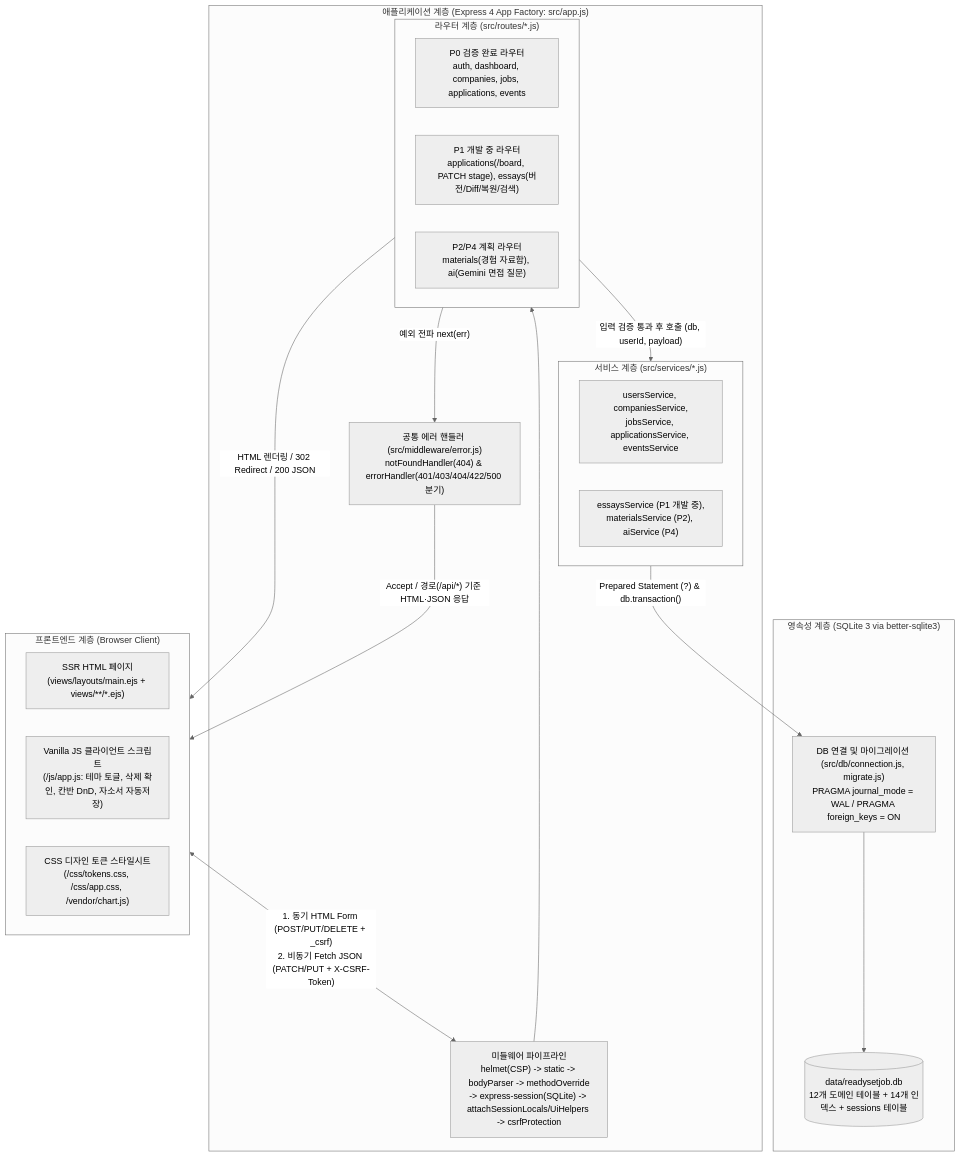
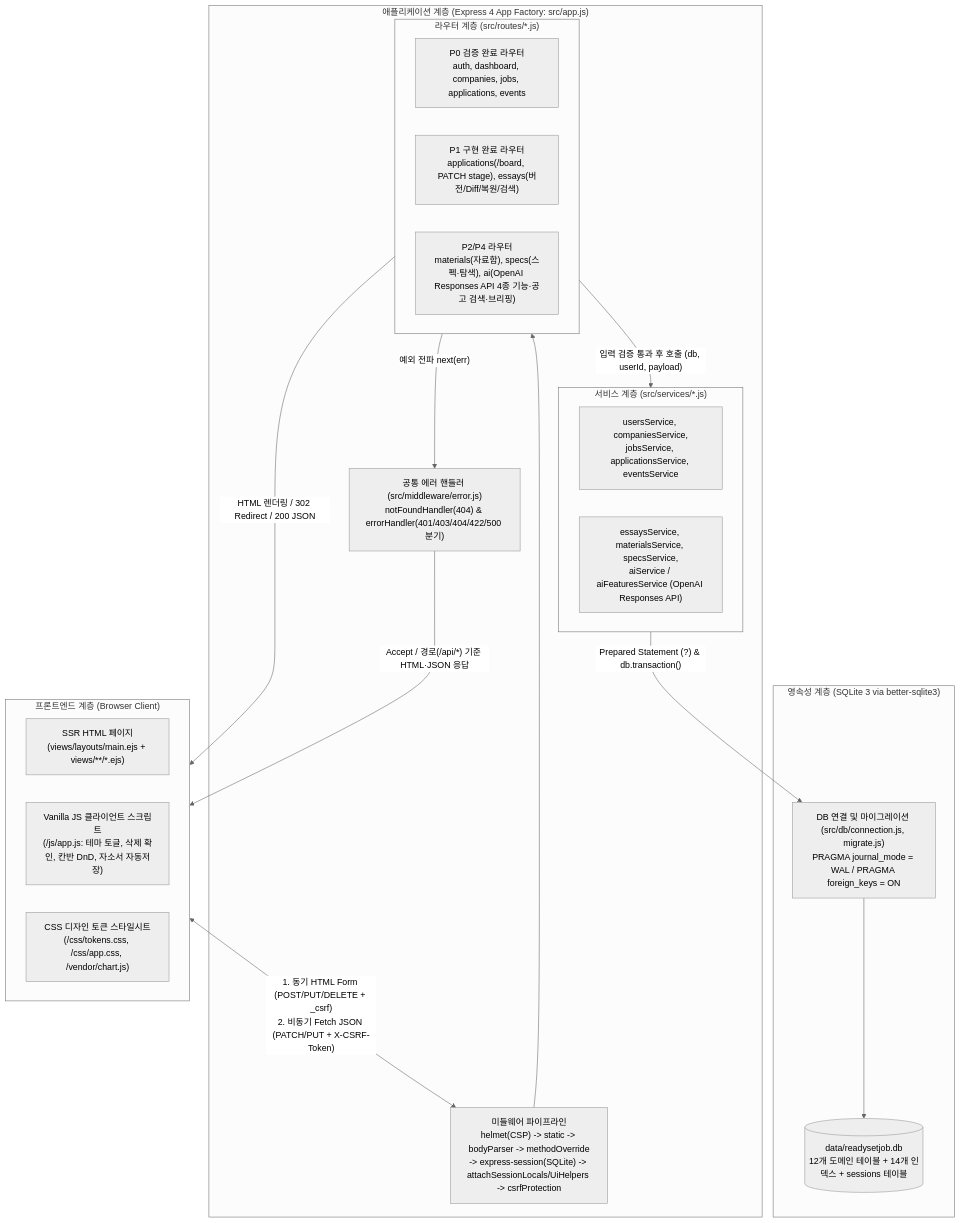
Before and after one commit to NoNamad5196/ReadySetJob: the second of 5 diagrams in docs/PROJECT_PROPOSAL.md, drawn with Mermaid (neutral theme). The commit also changed other lines of this file and 57 other files, not shown here.

````diff
--- a/docs/PROJECT_PROPOSAL.md
+++ b/docs/PROJECT_PROPOSAL.md
@@ -549,39 +571,39 @@
 ```mermaid
 flowchart TB
     subgraph Client["프론트엔드 계층 (Browser Client)"]
         EJS_HTML["SSR HTML 페이지<br/>(views/layouts/main.ejs + views/**/*.ejs)"]
         VANILLA_JS["Vanilla JS 클라이언트 스크립트<br/>(/js/app.js: 테마 토글, 삭제 확인, 칸반 DnD, 자소서 자동저장)"]
         CSS_TOKENS["CSS 디자인 토큰 스타일시트<br/>(/css/tokens.css, /css/app.css, /vendor/chart.js)"]
     end
 
     subgraph ExpressServer["애플리케이션 계층 (Express 4 App Factory: src/app.js)"]
         MW_PIPE["미들웨어 파이프라인<br/>helmet(CSP) -> static -> bodyParser -> methodOverride<br/>-> express-session(SQLite) -> attachSessionLocals/UiHelpers -> csrfProtection"]
 
         subgraph RouteLayer["라우터 계층 (src/routes/*.js)"]
             R_P0["P0 검증 완료 라우터<br/>auth, dashboard, companies, jobs, applications, events"]
-            R_P1["P1 개발 중 라우터<br/>applications(/board, PATCH stage), essays(버전/Diff/복원/검색)"]
-            R_P2_P4["P2/P4 계획 라우터<br/>materials(경험 자료함), ai(Gemini 면접 질문)"]
+            R_P1["P1 구현 완료 라우터<br/>applications(/board, PATCH stage), essays(버전/Diff/복원/검색)"]
+            R_P2_P4["P2/P4 라우터<br/>materials(자료함), specs(스펙·탐색), ai(OpenAI Responses API 4종 기능·공고 검색·브리핑)"]
         end
 
         subgraph ServiceLayer["서비스 계층 (src/services/*.js)"]
             SVC_P0["usersService, companiesService,<br/>jobsService, applicationsService, eventsService"]
-            SVC_P1["essaysService (P1 개발 중),<br/>materialsService (P2), aiService (P4)"]
+            SVC_P1["essaysService, materialsService, specsService,<br/>aiService / aiFeaturesService (OpenAI Responses API)"]
         end
 
         ERR_MW["공통 에러 핸들러 (src/middleware/error.js)<br/>notFoundHandler(404) & errorHandler(401/403/404/422/500 분기)"]
     end
 
     subgraph DataLayer["영속성 계층 (SQLite 3 via better-sqlite3)"]
         DB_CONN["DB 연결 및 마이그레이션 (src/db/connection.js, migrate.js)<br/>PRAGMA journal_mode = WAL / PRAGMA foreign_keys = ON"]
         SQLITE_FILE[("data/readysetjob.db<br/>12개 도메인 테이블 + 14개 인덱스 + sessions 테이블")]
     end
 
     Client <-->|"1. 동기 HTML Form (POST/PUT/DELETE + _csrf)<br/>2. 비동기 Fetch JSON (PATCH/PUT + X-CSRF-Token)"| MW_PIPE
     MW_PIPE --> RouteLayer
     RouteLayer -->|"입력 검증 통과 후 호출 (db, userId, payload)"| ServiceLayer
     ServiceLayer -->|"Prepared Statement (?) & db.transaction()"| DB_CONN
     DB_CONN --> SQLITE_FILE
     RouteLayer -->|"HTML 렌더링 / 302 Redirect / 200 JSON"| Client
     RouteLayer -->|"예외 전파 next(err)"| ERR_MW
     ERR_MW -->|"Accept / 경로(/api/*) 기준 HTML·JSON 응답"| Client
 ```
````
